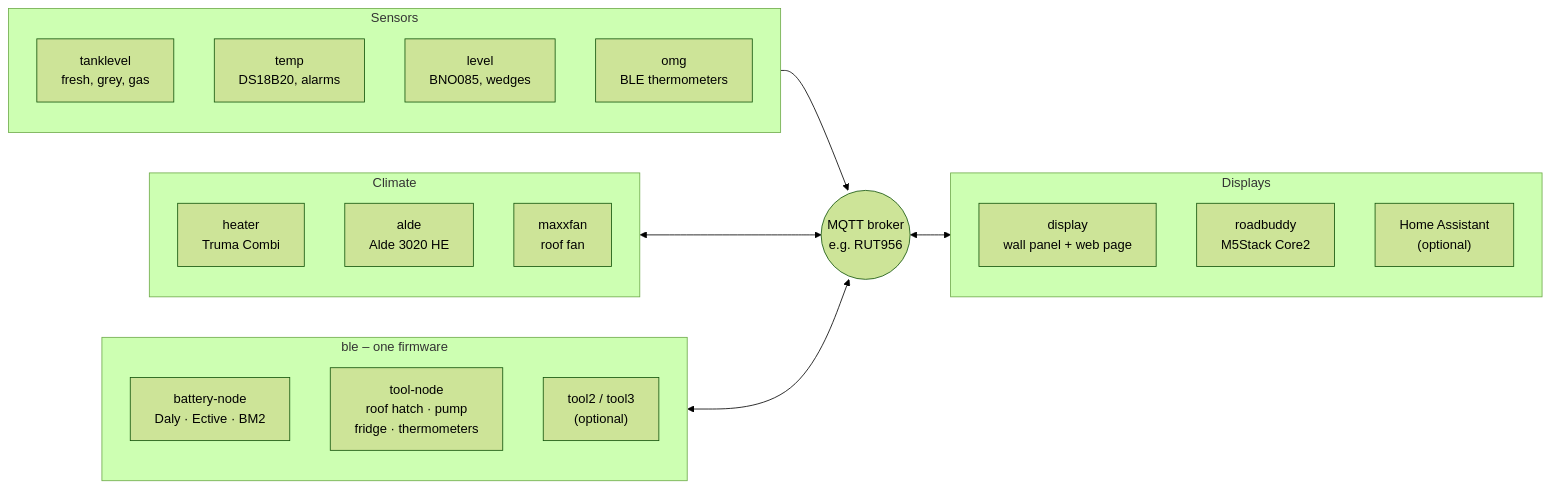
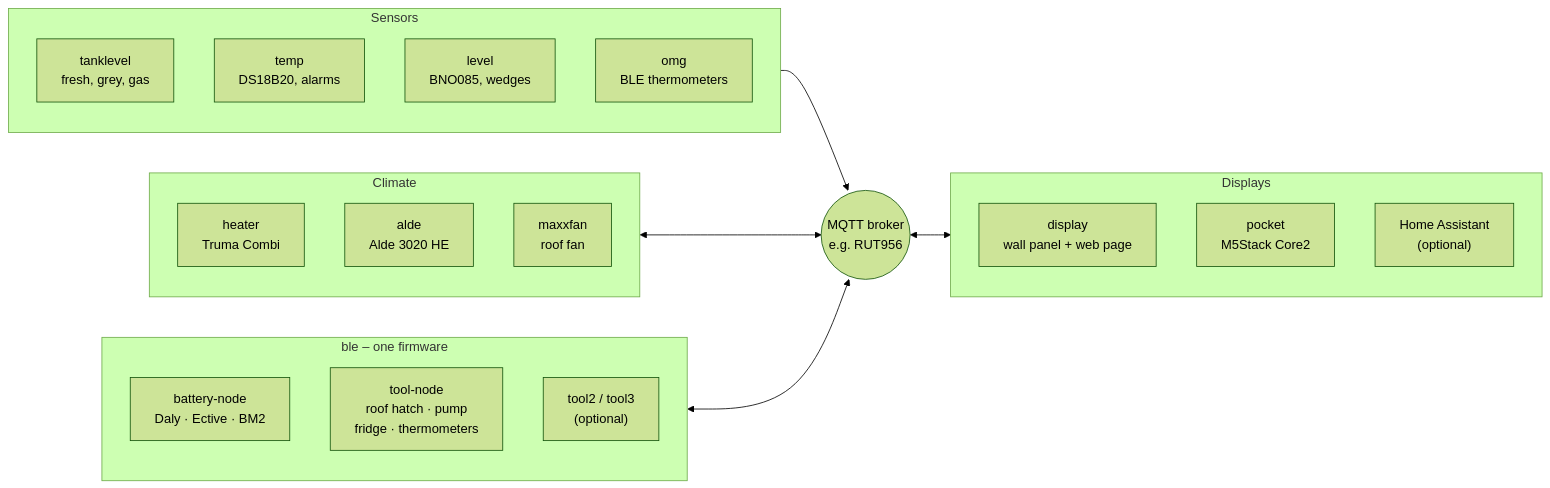
Before and after one commit to hflocki/vannode: the diagram in README.md, drawn with Mermaid (forest theme). The commit also changed other lines of this file and 49 other files, not shown here.

````diff
--- a/README.md
+++ b/README.md
@@ -29,33 +29,33 @@
 ```mermaid
 flowchart LR
   subgraph sens["Sensors"]
     direction TB
     tank["tanklevel<br/>fresh, grey, gas"]
     temp["temp<br/>DS18B20, alarms"]
     level["level<br/>BNO085, wedges"]
     omg["omg<br/>BLE thermometers"]
   end
   subgraph clim["Climate"]
     direction TB
     heater["heater<br/>Truma Combi"]
     alde["alde<br/>Alde 3020 HE"]
     fan["maxxfan<br/>roof fan"]
   end
   subgraph ble["ble – one firmware"]
     direction TB
     bat["battery-node<br/>Daly · Ective · BM2"]
     tool["tool-node<br/>roof hatch · pump<br/>fridge · thermometers"]
     more["tool2 / tool3<br/>(optional)"]
   end
   broker(("MQTT broker<br/>e.g. RUT956"))
   subgraph ui["Displays"]
     direction TB
     display["display<br/>wall panel + web page"]
-    rb["roadbuddy<br/>M5Stack Core2"]
+    rb["pocket<br/>M5Stack Core2"]
     ha["Home Assistant<br/>(optional)"]
   end
   sens --> broker
   clim <--> broker
   ble <--> broker
   broker <--> ui
 ```
````
